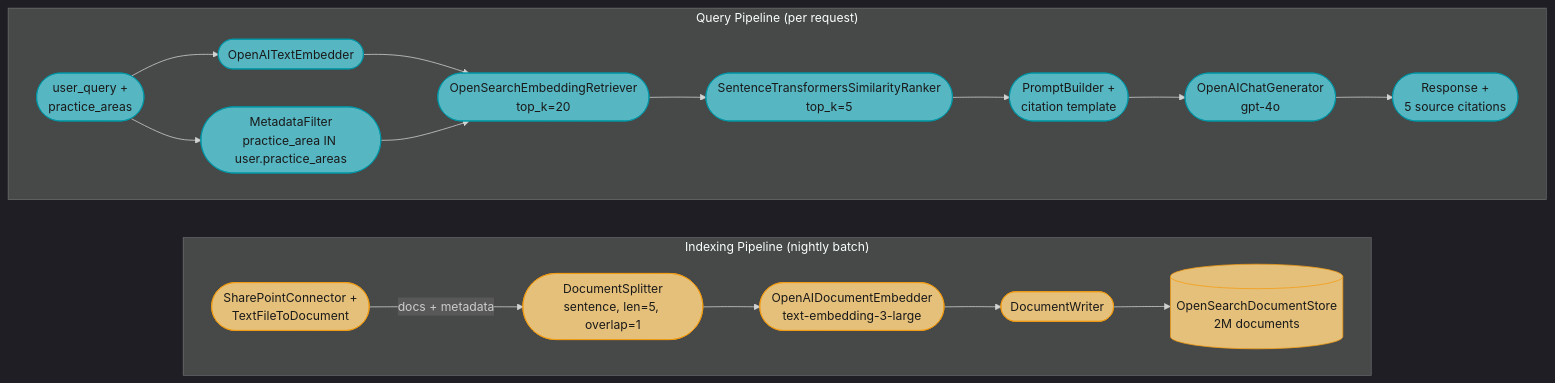
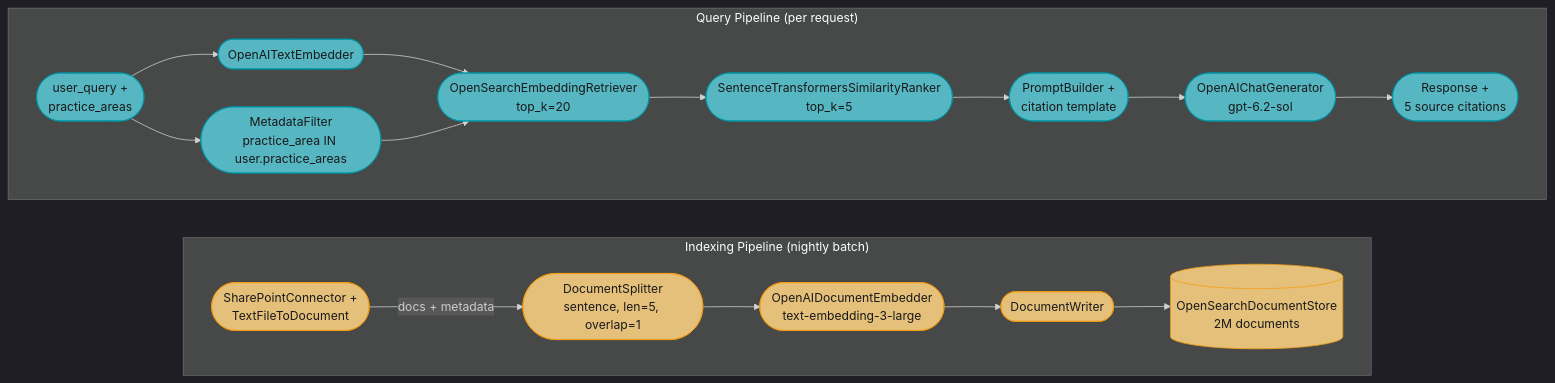
One commit to rppol/system-design changed the third of 3 diagrams in src/main/java/com/rutik/systemdesign/llm/agentic_frameworks/haystack.md. Above: the diagram before and after it, drawn with Mermaid. The commit also changed other lines of this file and 70 other files, not shown here.

````diff
--- a/src/main/java/com/rutik/systemdesign/llm/agentic_frameworks/haystack.md
+++ b/src/main/java/com/rutik/systemdesign/llm/agentic_frameworks/haystack.md
@@ -611,39 +611,39 @@
 ```mermaid
 %%{init: {'flowchart': {'curve': 'basis'}, 'theme': 'dark'}}%%
 flowchart LR
     classDef io      fill:#61afef,stroke:#2e86c1,color:#1a1a1a,font-weight:bold
     classDef frozen  fill:#c678dd,stroke:#9b59b6,color:#fff
     classDef train   fill:#98c379,stroke:#27ae60,color:#1a1a1a
     classDef mathOp  fill:#d19a66,stroke:#e67e22,color:#1a1a1a,font-weight:bold
     classDef lossN   fill:#e06c75,stroke:#c0392b,color:#fff,font-weight:bold
     classDef req     fill:#56b6c2,stroke:#0097a7,color:#1a1a1a
     classDef base    fill:#e5c07b,stroke:#f39c12,color:#1a1a1a
 
     subgraph IDX["Indexing Pipeline (nightly batch)"]
         direction LR
         SP(["SharePointConnector +<br/>TextFileToDocument"])
         SPLIT(["DocumentSplitter<br/>sentence, len=5, overlap=1"])
         EMB(["OpenAIDocumentEmbedder<br/>text-embedding-3-large"])
         WRITE(["DocumentWriter"])
         STORE[("OpenSearchDocumentStore<br/>2M documents")]
         SP -->|"docs + metadata"| SPLIT --> EMB --> WRITE --> STORE
     end
 
     subgraph QRY["Query Pipeline (per request)"]
         direction LR
         UQ(["user_query +<br/>practice_areas"])
         QEMB(["OpenAITextEmbedder"])
         MF(["MetadataFilter<br/>practice_area IN user.practice_areas"])
         RET(["OpenSearchEmbeddingRetriever<br/>top_k=20"])
         RANK(["SentenceTransformersSimilarityRanker<br/>top_k=5"])
         PB(["PromptBuilder +<br/>citation template"])
-        GEN(["OpenAIChatGenerator<br/>gpt-4o"])
+        GEN(["OpenAIChatGenerator<br/>gpt-6.2-sol"])
         OUT(["Response +<br/>5 source citations"])
         UQ --> QEMB --> RET
         UQ --> MF --> RET
         RET --> RANK --> PB --> GEN --> OUT
     end
 
     class SP,SPLIT,EMB,WRITE,STORE base
     class UQ,QEMB,MF,RET,RANK,PB,GEN,OUT req
 ```
````
